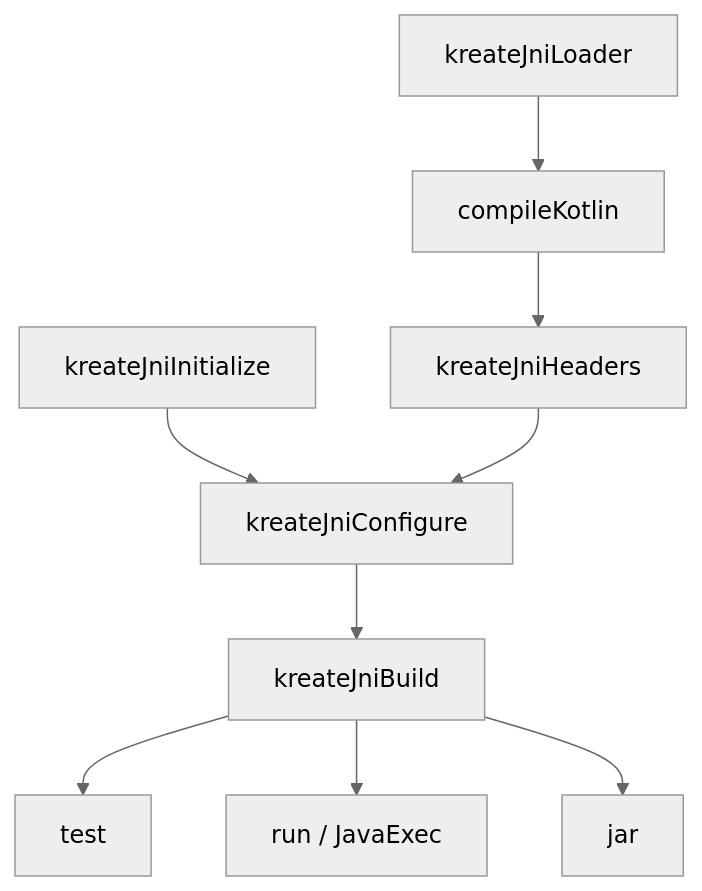
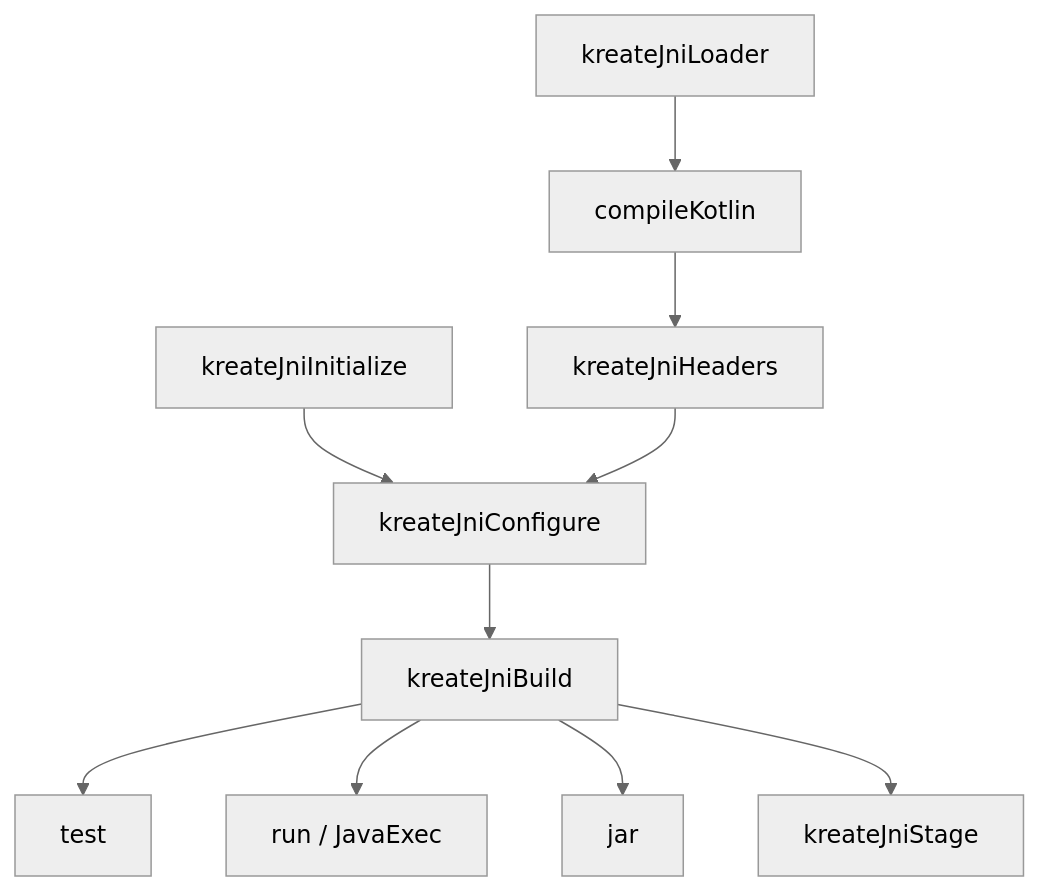
Before and after one commit to davils-com/kreate: the diagram in docs/topics/platform/jvm/jni/JNI-Build-Pipeline.md, drawn with Mermaid (neutral theme). The commit also changed other lines of this file and 3 other files, not shown here.

````diff
--- a/docs/topics/platform/jvm/jni/JNI-Build-Pipeline.md
+++ b/docs/topics/platform/jvm/jni/JNI-Build-Pipeline.md
@@ -13,11 +13,12 @@
 ```mermaid
 flowchart TD
     K[compileKotlin] --> H[kreateJniHeaders]
     I[kreateJniInitialize] --> C[kreateJniConfigure]
     H --> C
     C --> B[kreateJniBuild]
     B --> T[test]
     B --> R[run / JavaExec]
     B --> J[jar]
+    B --> S[kreateJniStage]
     L[kreateJniLoader] --> K
 ```
````
